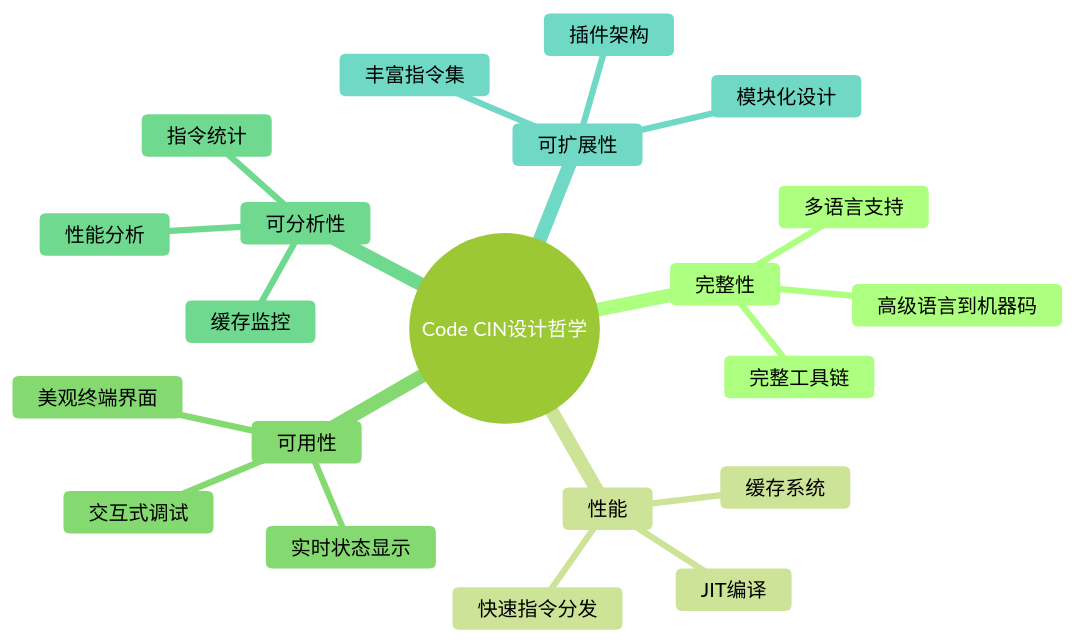
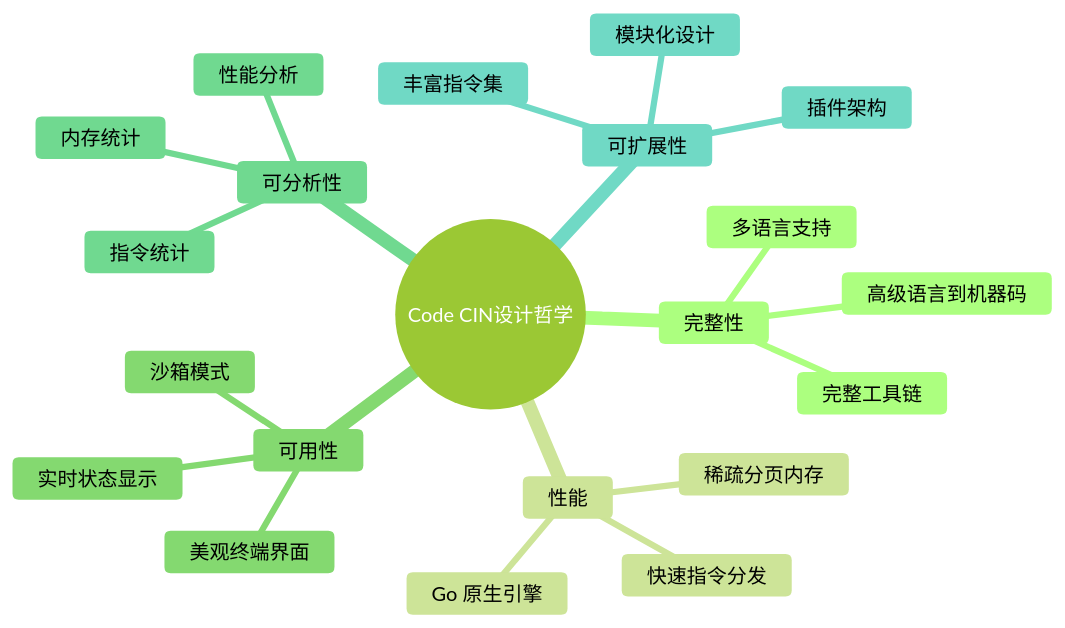
The first of 15 diagrams in README.md (ByUsiStudio/Code-CIN), drawn with Mermaid (forest theme) before and after one commit. The commit also changed other lines of this file and 4 other files, not shown here.

````diff
--- a/README.md
+++ b/README.md
@@ -57,24 +56,24 @@
 ```mermaid
 mindmap
   root((Code CIN设计哲学))
     完整性
       完整工具链
       高级语言到机器码
       多语言支持
     性能
-      JIT编译
-      缓存系统
+      Go 原生引擎
+      稀疏分页内存
       快速指令分发
     可用性
       美观终端界面
-      交互式调试
+      沙箱模式
       实时状态显示
     可分析性
       性能分析
       指令统计
-      缓存监控
+      内存统计
     可扩展性
       模块化设计
       丰富指令集
       插件架构
 ```
````
